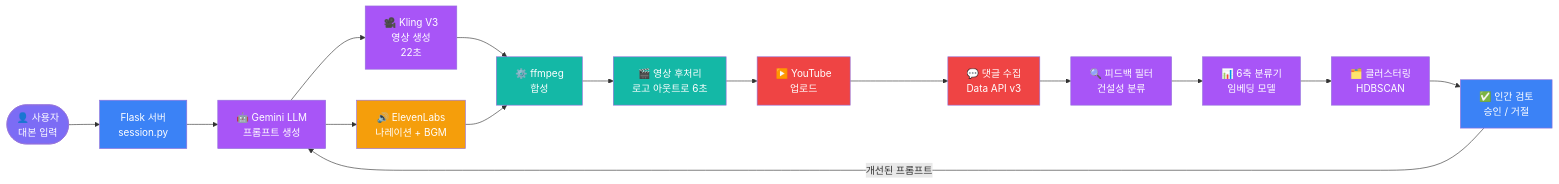
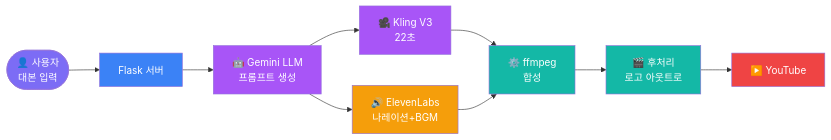
Before and after one commit to Userlsj-project/VideoLabs: the first of 9 diagrams in PRESENTATION.md, drawn with Mermaid. The commit also changed other lines of this file, not shown here.

Commit message:
Fix Mermaid diagrams: split wide LR pipeline, convert LR to TD

````diff
--- a/PRESENTATION.md
+++ b/PRESENTATION.md
@@ -36,32 +38,20 @@
 ```mermaid
 flowchart LR
-    U([👤 사용자\n대본 입력]) --> F[Flask 서버\nsession.py]
+    U([👤 사용자\n대본 입력]) --> F[Flask 서버]
     F --> LLM[🤖 Gemini LLM\n프롬프트 생성]
-    LLM --> K[🎥 Kling V3\n영상 생성\n22초]
-    LLM --> TTS[🔊 ElevenLabs\n나레이션 + BGM]
+    LLM --> K[🎥 Kling V3\n22초]
+    LLM --> TTS[🔊 ElevenLabs\n나레이션+BGM]
     K --> MX[⚙️ ffmpeg\n합성]
     TTS --> MX
-    MX --> OUT[🎬 영상 후처리\n로고 아웃트로 6초]
-    OUT --> YT[▶️ YouTube\n업로드]
-
-    YT --> COL[💬 댓글 수집\nData API v3]
-    COL --> FIL[🔍 피드백 필터\n건설성 분류]
-    FIL --> CLS[📊 6축 분류기\n임베딩 모델]
-    CLS --> CLU[🗂️ 클러스터링\nHDBSCAN]
-    CLU --> APR[✅ 인간 검토\n승인 / 거절]
-    APR -->|개선된 프롬프트| LLM
+    MX --> OUT[🎬 후처리\n로고 아웃트로]
+    OUT --> YT[▶️ YouTube]
 
     style U fill:#7c6cf5,color:#fff
     style LLM fill:#a855f7,color:#fff
     style K fill:#a855f7,color:#fff
     style TTS fill:#f59e0b,color:#fff
     style MX fill:#14b8a6,color:#fff
     style OUT fill:#14b8a6,color:#fff
     style YT fill:#ef4444,color:#fff
-    style COL fill:#ef4444,color:#fff
-    style FIL fill:#a855f7,color:#fff
-    style CLS fill:#a855f7,color:#fff
-    style CLU fill:#a855f7,color:#fff
-    style APR fill:#3b82f6,color:#fff
     style F fill:#3b82f6,color:#fff
 ```
````
